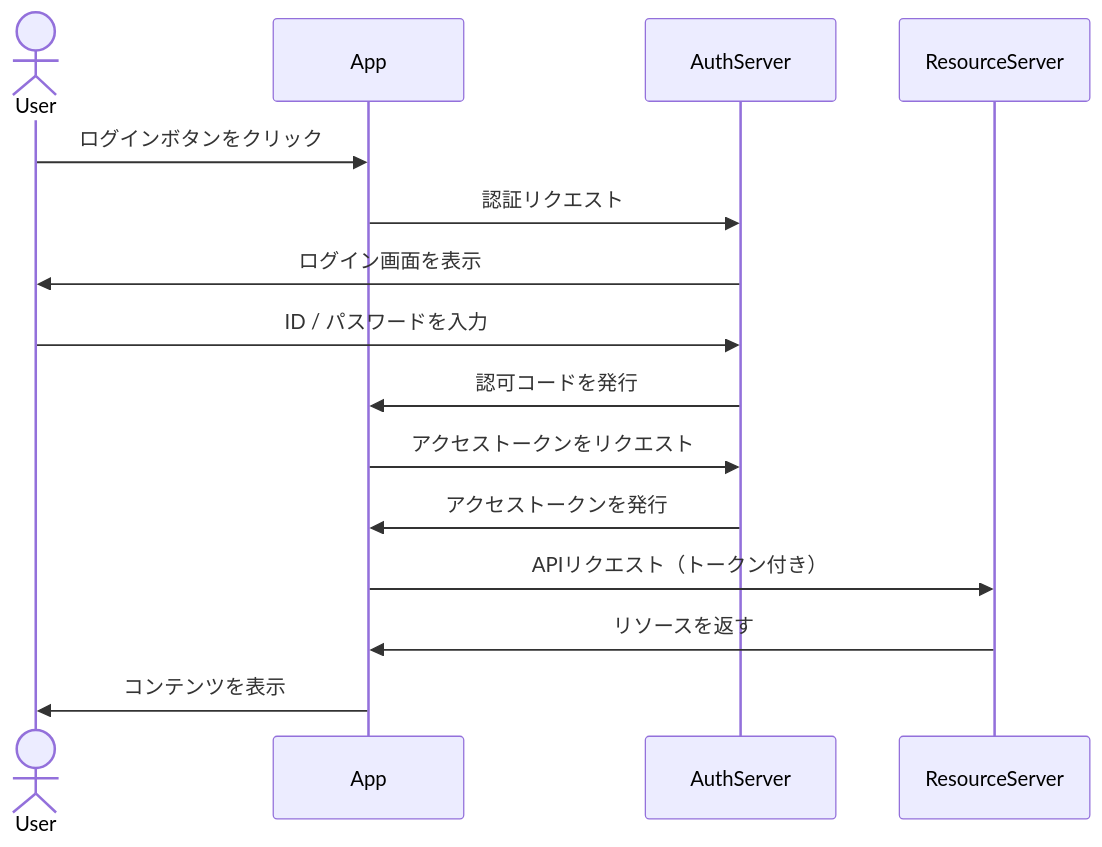
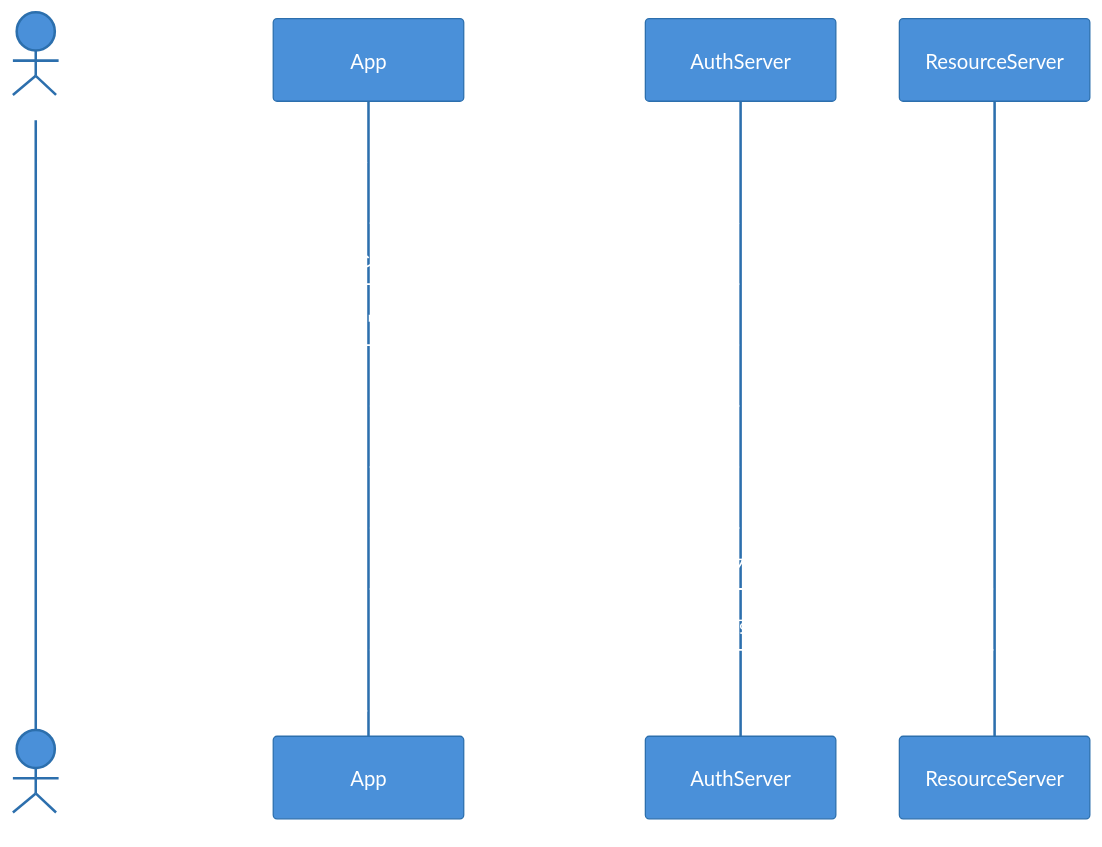
Before and after one commit to y-nakata/claude-playground: the second of 5 diagrams in mermaid_samples/README.md, drawn with Mermaid. The commit also changed other lines of this file, not shown here.

Commit message:
docs: Mermaid図にカラーを追加

````diff
--- a/mermaid_samples/README.md
+++ b/mermaid_samples/README.md
@@ -30,18 +42,19 @@
 ```mermaid
+%%{init: {'theme': 'base', 'themeVariables': {'primaryColor': '#4A90D9', 'primaryTextColor': '#fff', 'primaryBorderColor': '#2c6fad', 'secondaryColor': '#7B68EE', 'tertiaryColor': '#F5A623', 'noteBkgColor': '#FFF9C4', 'noteTextColor': '#333'}}}%%
 sequenceDiagram
     actor User
     participant App
     participant AuthServer
     participant ResourceServer
 
     User->>App: ログインボタンをクリック
     App->>AuthServer: 認証リクエスト
     AuthServer->>User: ログイン画面を表示
     User->>AuthServer: ID / パスワードを入力
     AuthServer->>App: 認可コードを発行
     App->>AuthServer: アクセストークンをリクエスト
     AuthServer->>App: アクセストークンを発行
     App->>ResourceServer: APIリクエスト（トークン付き）
     ResourceServer->>App: リソースを返す
     App->>User: コンテンツを表示
 ```
````
